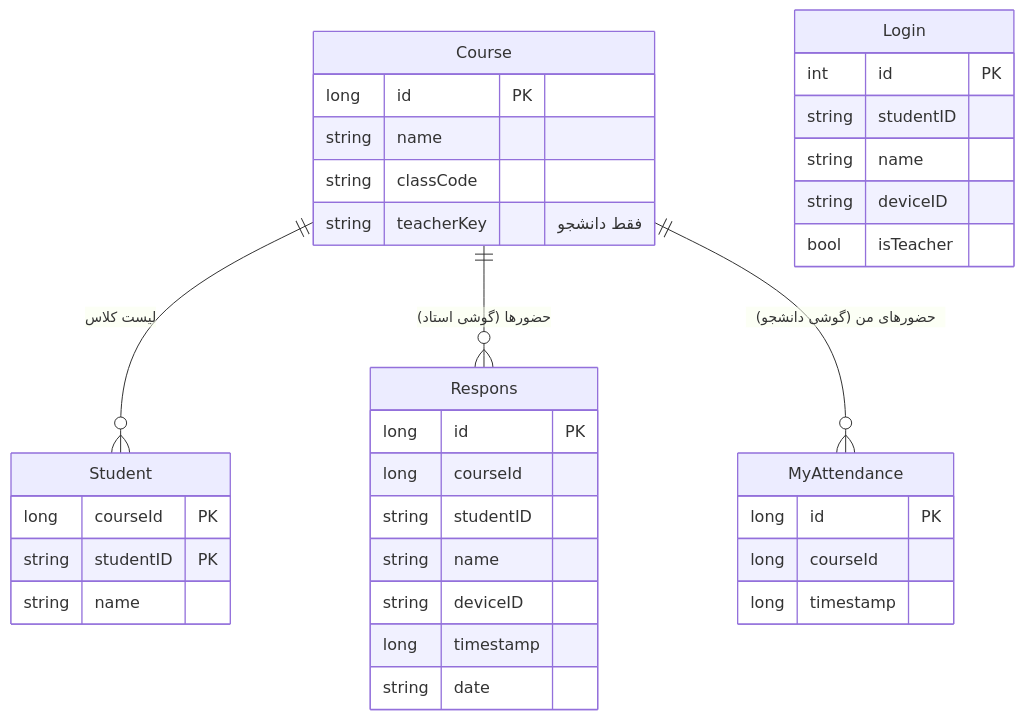
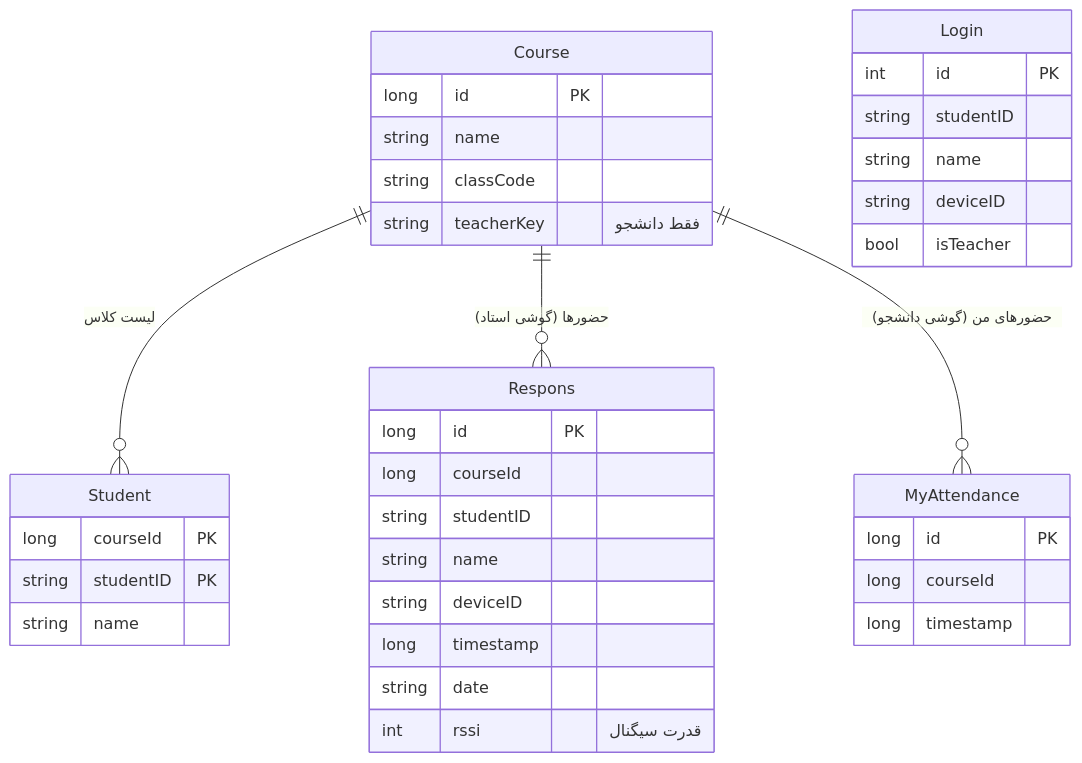
One commit to ali-cev-1200/Presence changed the fourth of 4 diagrams in docs/report.md. Above: the diagram before and after it, drawn with Mermaid. The commit also changed other lines of this file and 21 other files, not shown here.

First line of the commit message:
add : محدوده کلاس با قدرت سیگنال بلوتوث (RSSI)

````diff
--- a/docs/report.md
+++ b/docs/report.md
@@ -162,38 +184,39 @@
 ```mermaid
 erDiagram
     Course ||--o{ Student : "لیست کلاس"
     Course ||--o{ Respons : "حضورها (گوشی استاد)"
     Course ||--o{ MyAttendance : "حضورهای من (گوشی دانشجو)"
     Login {
         int id PK
         string studentID
         string name
         string deviceID
         bool isTeacher
     }
     Course {
         long id PK
         string name
         string classCode
         string teacherKey "فقط دانشجو"
     }
     Student {
         long courseId PK
         string studentID PK
         string name
     }
     Respons {
         long id PK
         long courseId
         string studentID
         string name
         string deviceID
         long timestamp
         string date
+        int rssi "قدرت سیگنال"
     }
     MyAttendance {
         long id PK
         long courseId
         long timestamp
     }
 ```
````
